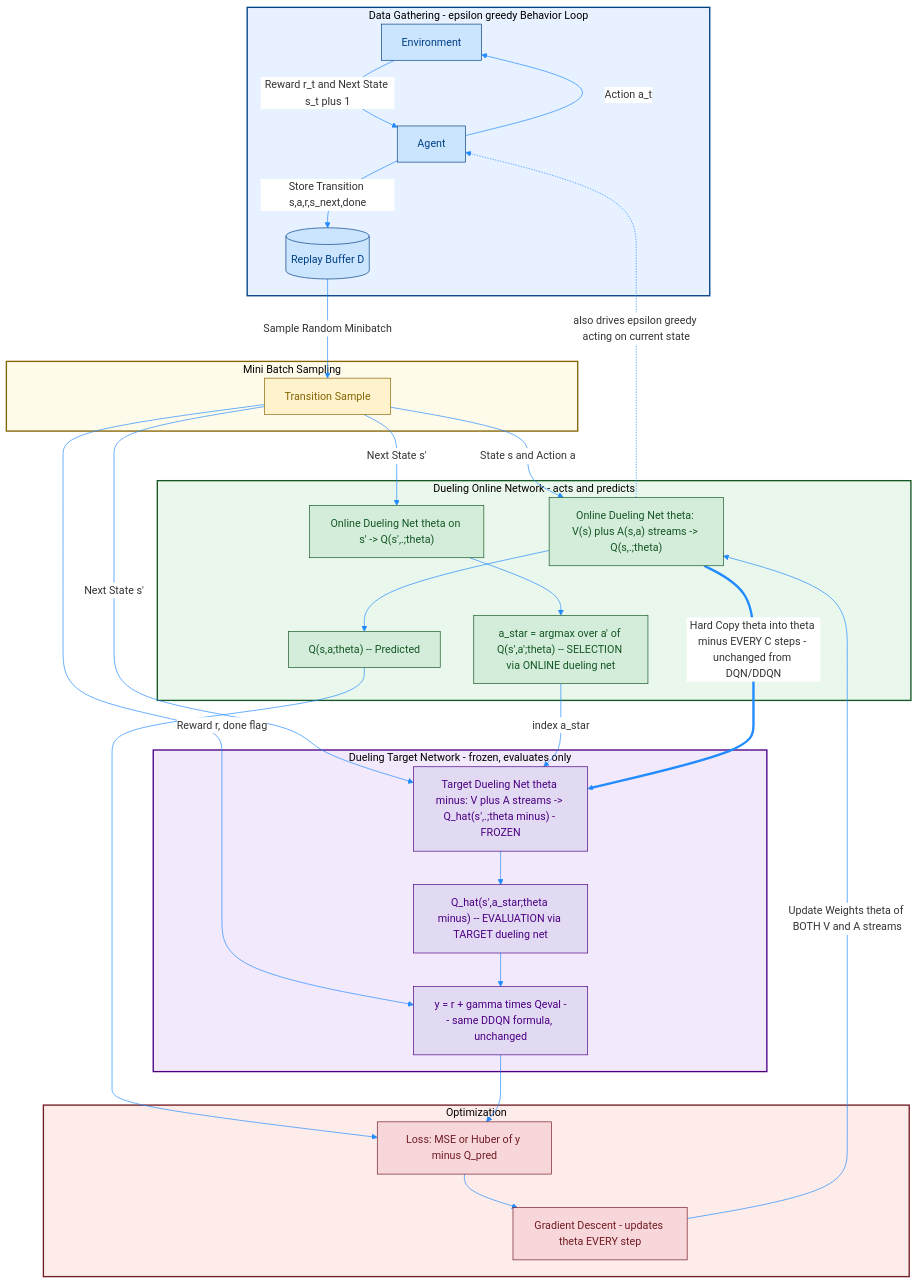
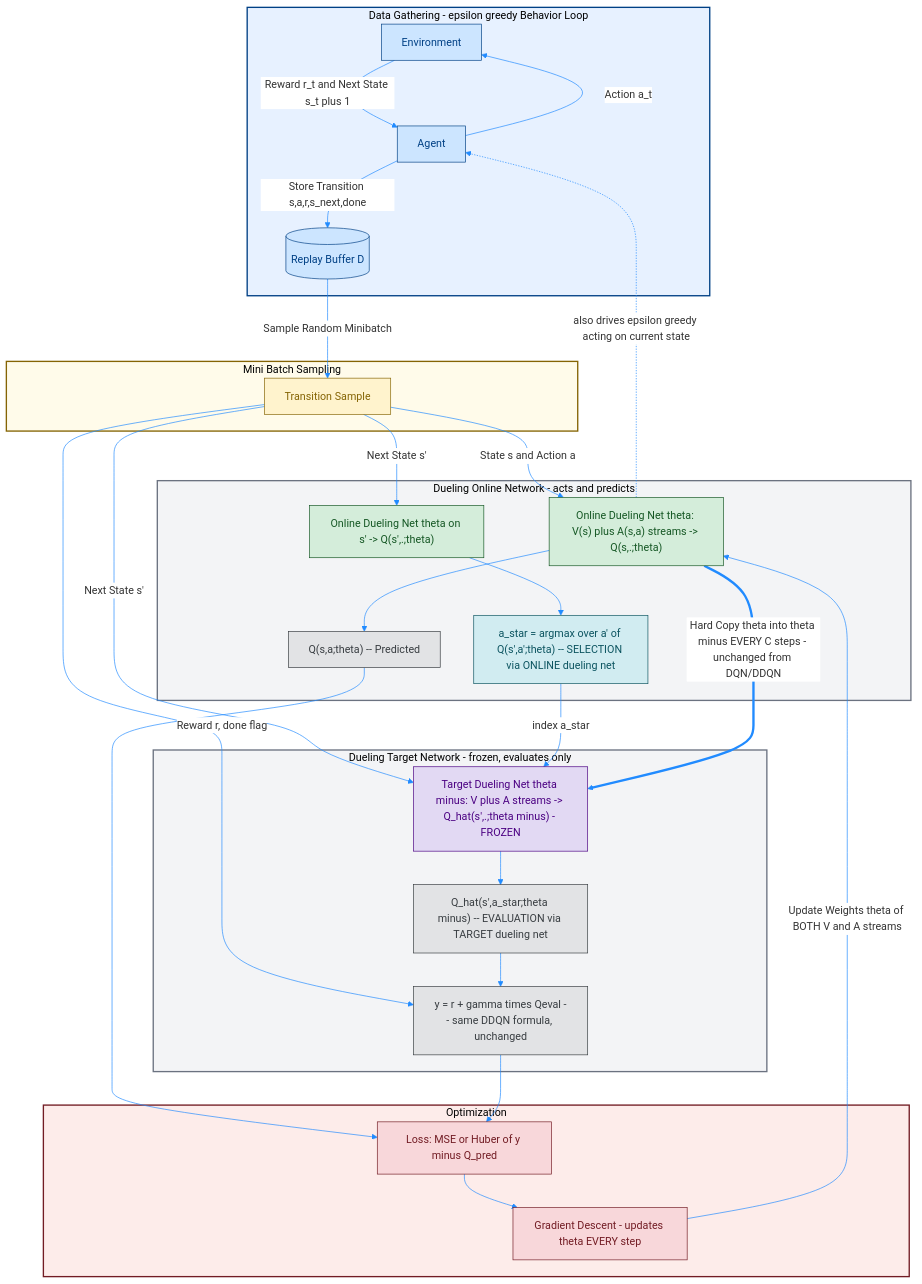
One commit to Open-Source-Robotics-For-Myanmar/rl changed the fourth of 5 diagrams in Day81 RL python/02_Miguel Morales - Grokking Deep Reinforcement Learning/02_rl_with_dl/rom_photos/04_1_VB_Dueling_DDQN.md. Above: the diagram before and after it, drawn with Mermaid. The commit also changed other lines of this file and 12 other files, not shown here.

````diff
--- a/Day81 RL python/02_Miguel Morales - Grokking Deep Reinforcement Learning/02_rl_with_dl/rom_photos/04_1_VB_Dueling_DDQN.md
+++ b/Day81 RL python/02_Miguel Morales - Grokking Deep Reinforcement Learning/02_rl_with_dl/rom_photos/04_1_VB_Dueling_DDQN.md
@@ -152,57 +181,63 @@
 ```mermaid
 %%{init: {'theme': 'base', 'themeVariables': { 'primaryColor': '#ffffff', 'lineColor': '#218bff'}}}%%
 graph TD
     subgraph Phase1 [Data Gathering - epsilon greedy Behavior Loop]
         Env[Environment] -->|Reward r_t and Next State s_t plus 1| Agent[Agent]
         Agent -->|Action a_t| Env
         Agent -->|Store Transition s,a,r,s_next,done| Buffer[(Replay Buffer D)]
     end
 
     subgraph Phase2 [Mini Batch Sampling]
         Buffer -->|Sample Random Minibatch| Batch[Transition Sample]
     end
 
     subgraph Phase3 [Dueling Online Network - acts and predicts]
         Batch -->|State s and Action a| OnlineDueling["Online Dueling Net theta: V(s) plus A(s,a) streams -> Q(s,.;theta)"]
         OnlineDueling --> Q_pred["Q(s,a;theta) -- Predicted"]
         OnlineDueling -.->|also drives epsilon greedy acting on current state| Agent
 
         Batch -->|Next State s'| OnlineNext["Online Dueling Net theta on s' -> Q(s',.;theta)"]
         OnlineNext --> Astar["a_star = argmax over a' of Q(s',a';theta) -- SELECTION via ONLINE dueling net"]
     end
 
     subgraph Phase4 [Dueling Target Network - frozen, evaluates only]
         Batch -->|Next State s'| TargetDueling["Target Dueling Net theta minus: V plus A streams -> Q_hat(s',.;theta minus) - FROZEN"]
         Astar -->|index a_star| TargetDueling
         TargetDueling --> Qeval["Q_hat(s',a_star;theta minus) -- EVALUATION via TARGET dueling net"]
         Batch -->|Reward r, done flag| Target_Y["y = r + gamma times Qeval -- same DDQN formula, unchanged"]
         Qeval --> Target_Y
     end
 
     subgraph Phase5 [Optimization]
         Q_pred --> Loss[Loss: MSE or Huber of y minus Q_pred]
         Target_Y --> Loss
         Loss --> Opt[Gradient Descent - updates theta EVERY step]
         Opt -->|Update Weights theta of BOTH V and A streams| OnlineDueling
     end
 
     OnlineDueling ==>|Hard Copy theta into theta minus EVERY C steps - unchanged from DQN/DDQN| TargetDueling
 
-    classDef dataGathering fill:#cce5ff,stroke:#004085,stroke-width:1px,color:#004085;
-    classDef sampling fill:#fff3cd,stroke:#856404,stroke-width:1px,color:#856404;
-    classDef select fill:#d4edda,stroke:#155724,stroke-width:1px,color:#155724;
-    classDef evaluate fill:#e2d9f3,stroke:#4b0082,stroke-width:1px,color:#4b0082;
-    classDef optimization fill:#f8d7da,stroke:#721c24,stroke-width:1px,color:#721c24;
+    classDef data fill:#cce5ff,stroke:#004085,stroke-width:1px,color:#004085;
+    classDef batch fill:#fff3cd,stroke:#856404,stroke-width:1px,color:#856404;
+    classDef train fill:#f8d7da,stroke:#721c24,stroke-width:1px,color:#721c24;
+    classDef process fill:#d1ecf1,stroke:#0c5460,stroke-width:1px,color:#0c5460;
+    classDef result fill:#e2e3e5,stroke:#383d41,stroke-width:1px,color:#383d41;
+    classDef onlineNetwork fill:#d4edda,stroke:#155724,stroke-width:1px,color:#155724;
+    classDef targetNetwork fill:#e2d9f3,stroke:#4b0082,stroke-width:1px,color:#4b0082;
 
-    class Env,Agent,Buffer dataGathering;
-    class Batch sampling;
-    class OnlineDueling,Q_pred,OnlineNext,Astar select;
-    class TargetDueling,Qeval,Target_Y evaluate;
-    class Loss,Opt optimization;
+    class Env,Agent,Buffer data;
+    class Batch batch;
+    class Loss,Opt train;
+    class Astar process;
+    class Q_pred,Qeval,Target_Y result;
+    class OnlineDueling,OnlineNext onlineNetwork;
+    class TargetDueling targetNetwork;
+
+
 
     style Phase1 fill:#e7f1ff,stroke:#004085,stroke-width:2px;
     style Phase2 fill:#fffbea,stroke:#856404,stroke-width:2px;
-    style Phase3 fill:#eaf7ec,stroke:#155724,stroke-width:2px;
-    style Phase4 fill:#f3e9fc,stroke:#4b0082,stroke-width:2px;
+    style Phase3 fill:#f3f4f6,stroke:#6b7280,stroke-width:2px;
+    style Phase4 fill:#f3f4f6,stroke:#6b7280,stroke-width:2px;
     style Phase5 fill:#fdecea,stroke:#721c24,stroke-width:2px;
 ```
````
